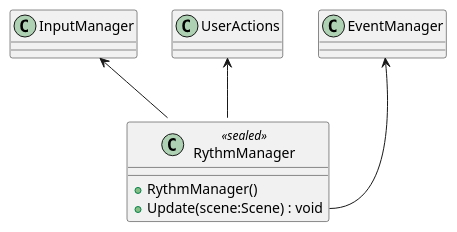
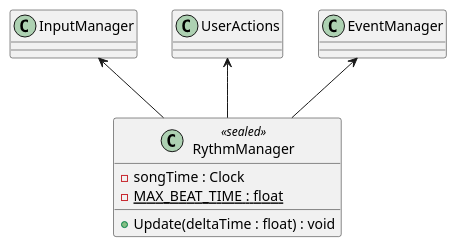
One commit to Ruby1405/PaceInvaders changed the diagram in plantuml/RythmManager.puml. Above: the diagram before and after it, drawn with PlantUML. The commit also changed 15 other files, not shown here.

Commit message:
updated class diagram

```diff
--- a/plantuml/RythmManager.puml
+++ b/plantuml/RythmManager.puml
@@ -1,9 +1,10 @@
 @startuml
 class RythmManager <<sealed>> {
-    + RythmManager()
-    + Update(scene:Scene) : void
+    - songTime : Clock
+    - {static} MAX_BEAT_TIME : float
+    + Update(deltaTime : float) : void
 }
 InputManager <-- RythmManager
 UserActions <-- RythmManager
-EventManager <-- RythmManager::Update
+EventManager <-- RythmManager
 @enduml
```
